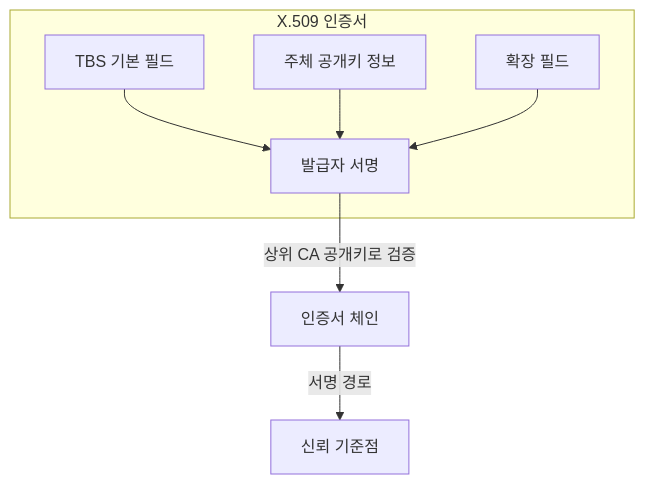
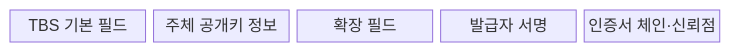
The first of 2 diagrams in src/content/docs/notes/05-security/008_x509_certificate.md (agnusdei1207/knowledge-base), drawn with Mermaid before and after one commit. The commit also changed other lines of this file and 22 other files, not shown here.

````diff
--- a/src/content/docs/notes/05-security/008_x509_certificate.md
+++ b/src/content/docs/notes/05-security/008_x509_certificate.md
@@ -61,14 +63,9 @@
 ```mermaid
-flowchart TB
-    subgraph X["X.509 인증서"]
-        B["TBS 기본 필드"]
-        P["주체 공개키 정보"]
-        E["확장 필드"]
-        S["발급자 서명"]
-        B --> S
-        P --> S
-        E --> S
-    end
-    S -->|"상위 CA 공개키로 검증"| C["인증서 체인"]
-    C -->|"서명 경로"| T["신뢰 기준점"]
+block-beta
+    columns 5
+    B["TBS 기본 필드"]
+    P["주체 공개키 정보"]
+    E["확장 필드"]
+    S["발급자 서명"]
+    C["인증서 체인·신뢰점"]
 ```
````
